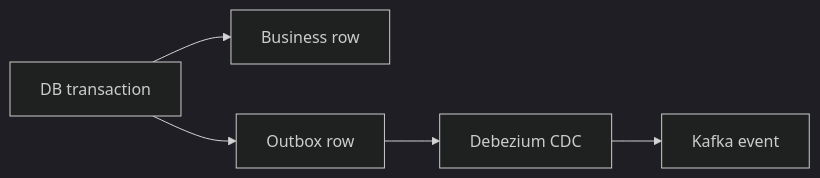
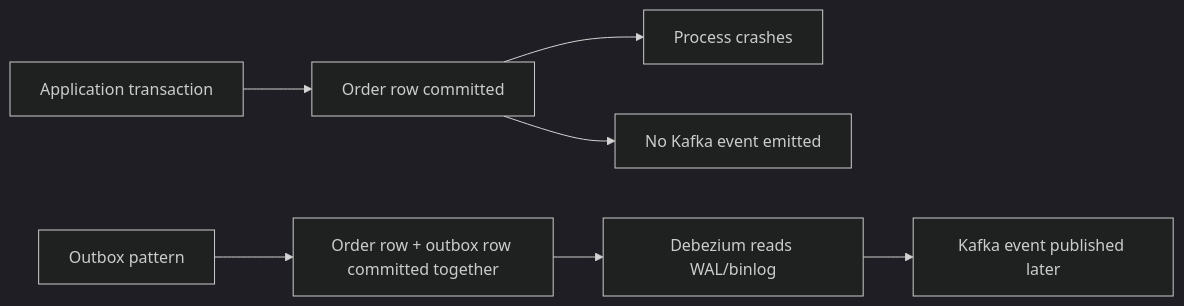
Before and after one commit to sandeepbhardwaj/sandeepbhardwaj.github.io: the diagram in _posts/2026-06-03-kafka-outbox-cdc-debezium-pattern-part-1.md, drawn with Mermaid (dark theme). The commit also changed other lines of this file and 113 other files, not shown here.

````diff
--- a/_posts/2026-06-03-kafka-outbox-cdc-debezium-pattern-part-1.md
+++ b/_posts/2026-06-03-kafka-outbox-cdc-debezium-pattern-part-1.md
@@ -46,7 +40,9 @@
 ```mermaid
 flowchart LR
-    A[DB transaction] --> B[Business row]
-    A --> C[Outbox row]
-    C --> D[Debezium CDC]
-    D --> E[Kafka event]
+    A[Application transaction] --> B[Order row committed]
+    B --> C[Process crashes]
+    B --> D[No Kafka event emitted]
+    E[Outbox pattern] --> F[Order row + outbox row committed together]
+    F --> G[Debezium reads WAL/binlog]
+    G --> H[Kafka event published later]
 ```
````
